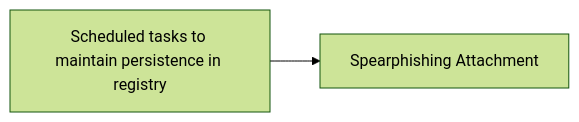
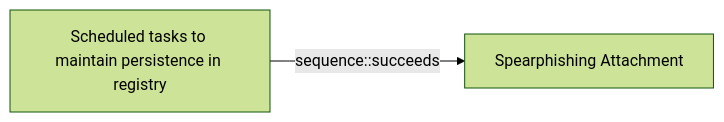
One commit to opentidehq/library changed the diagram in docs/threats/scheduled-tasks-to-maintain-persistence-in-registry.md. Above: the diagram before and after it, drawn with Mermaid (forest theme). The commit also changed other lines of this file and 277 other files, not shown here.

````diff
--- a/docs/threats/scheduled-tasks-to-maintain-persistence-in-registry.md
+++ b/docs/threats/scheduled-tasks-to-maintain-persistence-in-registry.md
@@ -77,6 +123,6 @@
 ```mermaid
 flowchart LR
 5e66f826_4c4b_4357_b9c5_2f40da207f34["Scheduled tasks to maintain persistence in registry"]
 dd5d942c_bac4_4000_b9a6_ca4fef6cfb84["Spearphishing Attachment"]
-5e66f826_4c4b_4357_b9c5_2f40da207f34 --> dd5d942c_bac4_4000_b9a6_ca4fef6cfb84
+5e66f826_4c4b_4357_b9c5_2f40da207f34 -->|sequence::succeeds| dd5d942c_bac4_4000_b9a6_ca4fef6cfb84
 ```
````
